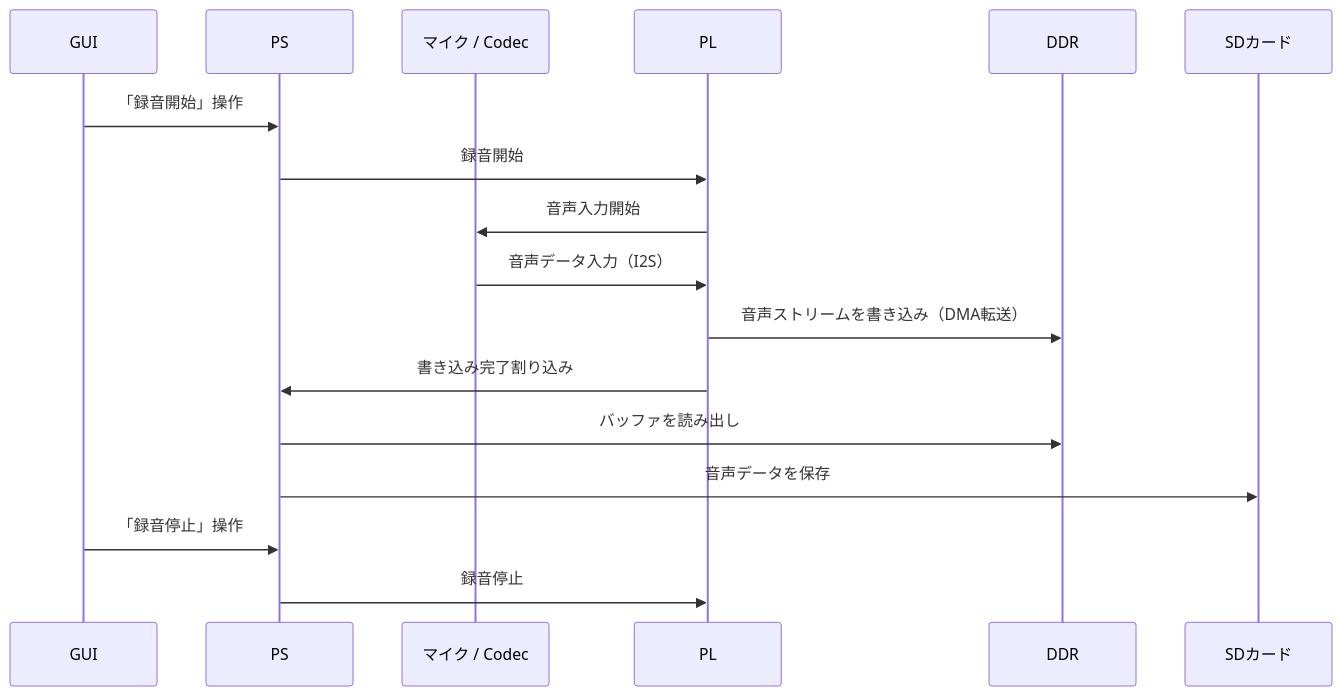
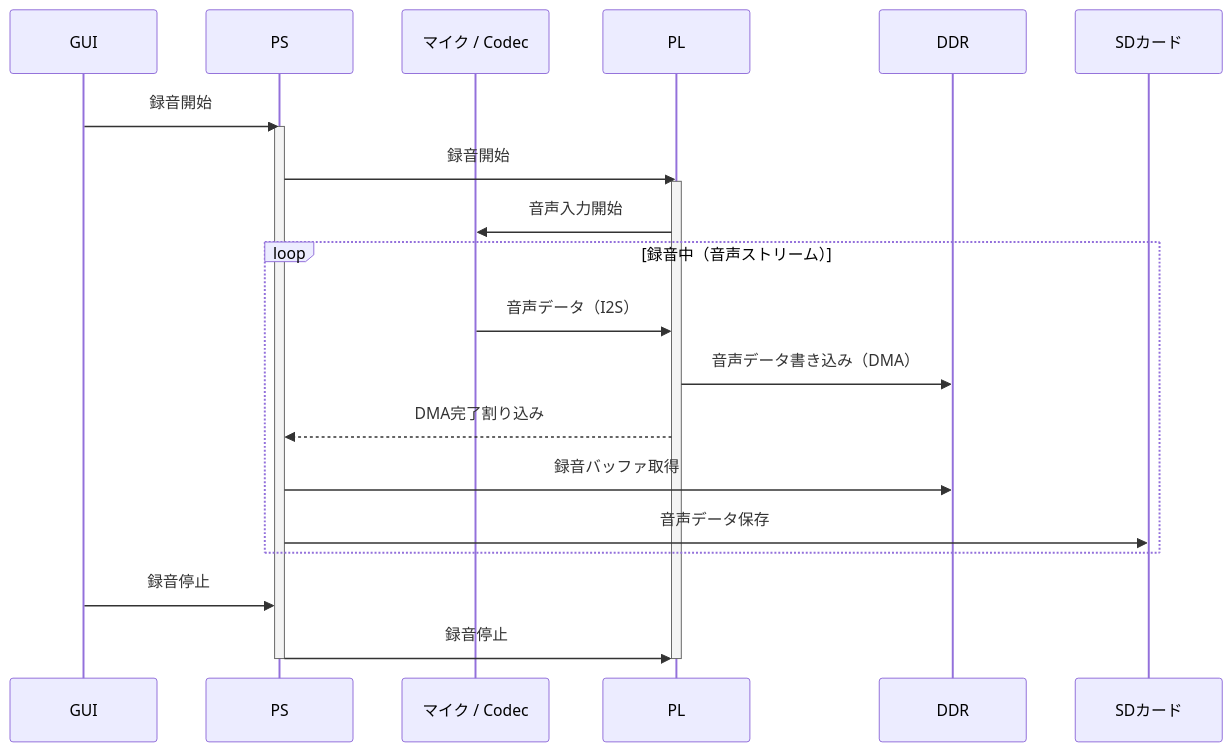
Before and after one commit to kiiisy/VoiceNote-System: the first of 3 diagrams in docs/system_design.md, drawn with Mermaid. The commit also changed other lines of this file, not shown here.

````diff
--- a/docs/system_design.md
+++ b/docs/system_design.md
@@ -274,21 +279,31 @@
 ```mermaid
 sequenceDiagram
     participant GUI as GUI
     participant PS as PS
     participant Mic as マイク / Codec
     participant PL as PL
     participant DDR as DDR
     participant SD as SDカード
 
-    GUI->>PS: 「録音開始」操作
+    GUI->>PS: 録音開始
+    activate PS
+
     PS->>PL: 録音開始
+    activate PL
+
     PL->>Mic: 音声入力開始
-    Mic->>PL: 音声データ入力（I2S）
-    PL->>DDR: 音声ストリームを書き込み（DMA転送）
-    PL->>PS: 書き込み完了割り込み
-    PS->>DDR: バッファを読み出し
-    PS->>SD: 音声データを保存
 
-    GUI->>PS: 「録音停止」操作
+    loop 録音中（音声ストリーム）
+        Mic->>PL: 音声データ（I2S）
+        PL->>DDR: 音声データ書き込み（DMA）
+        PL-->>PS: DMA完了割り込み
+        PS->>DDR: 録音バッファ取得
+        PS->>SD: 音声データ保存
+    end
+
+    GUI->>PS: 録音停止
     PS->>PL: 録音停止
+
+    deactivate PL
+    deactivate PS
 ```
````
